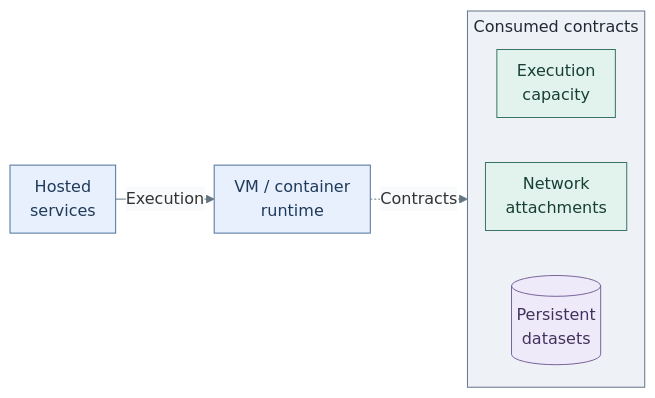
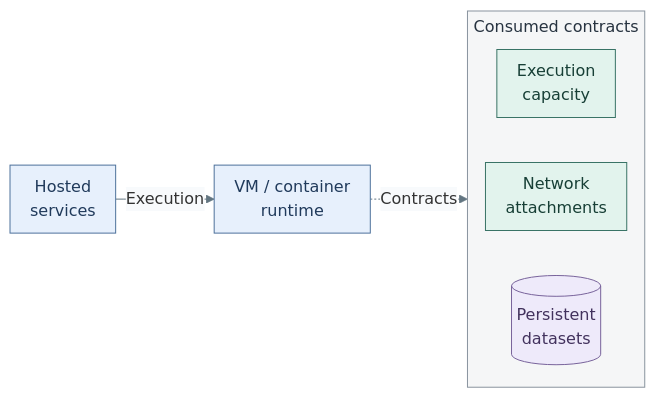
One commit to Rexus/homelab changed the diagram in docs/01-architecture/04-hosting/README.md. Above: the diagram before and after it, drawn with Mermaid. The commit also changed 108 other files, not shown here.

Commit message:
docs(diagrams): unify visual language and opening views

````diff
--- a/docs/01-architecture/04-hosting/README.md
+++ b/docs/01-architecture/04-hosting/README.md
@@ -12,24 +12,25 @@
 ```mermaid
 %%{init: {"theme":"base","flowchart":{"nodeSpacing":16,"rankSpacing":20,"padding":10,"subGraphTitleMargin":{"top":4,"bottom":12}},"themeVariables":{"lineColor":"#627581","edgeLabelBackground":"#f8fafc"}}}%%
 flowchart LR
   Services["Hosted<br/>services"]
   Runtime["VM / container<br/>runtime"]
   subgraph Contracts["Consumed contracts"]
     direction TB
     Hosts["Execution<br/>capacity"]
     Network["Network<br/>attachments"]
     Storage[("Persistent<br/>datasets")]
     Hosts ~~~ Network ~~~ Storage
   end
   Services -->|Execution| Runtime
   Runtime -. Contracts .-> Contracts
   classDef default fill:#f8fafc,stroke:#64748b,color:#1f2937
   classDef boundary fill:#eef2f6,stroke:#64748b,color:#1f2937
   classDef services fill:#e7f0fc,stroke:#4d719b,color:#203a5b
   classDef control fill:#e2f3ed,stroke:#397366,color:#173f36
   classDef data fill:#eeeafa,stroke:#78639b,color:#42325d
-  class Contracts boundary
+  classDef group fill:#f5f6f7,stroke:#89939e,color:#273340
+  class Contracts group
   class Services,Runtime services
   class Hosts,Network control
   class Storage data
 ```
````
